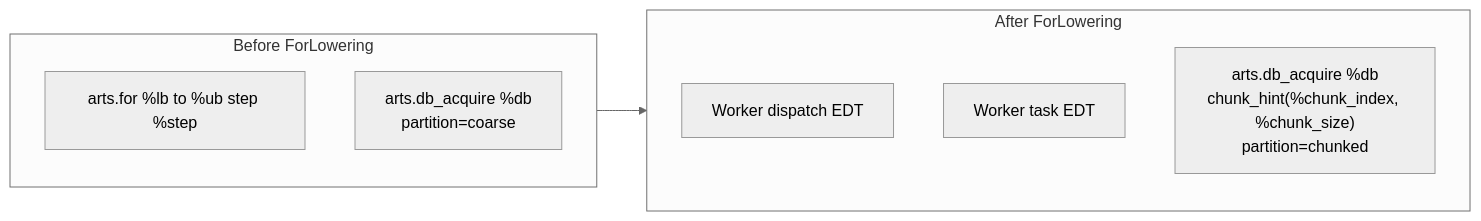
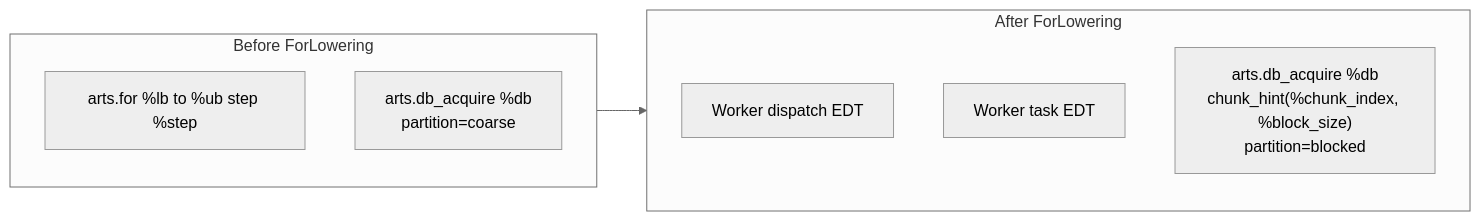
The fourth of 7 diagrams in docs/analysis.md (randreshg/carts), drawn with Mermaid (neutral theme) before and after one commit. The commit also changed other lines of this file and 88 other files, not shown here.

````diff
--- a/docs/analysis.md
+++ b/docs/analysis.md
@@ -726,15 +726,15 @@
 ```mermaid
 flowchart LR
     subgraph Before["Before ForLowering"]
         FOR["arts.for %lb to %ub step %step"]
         ACQ1["arts.db_acquire %db<br/>partition=coarse"]
     end
 
     subgraph After["After ForLowering"]
         DISPATCH[Worker dispatch EDT]
         TASK[Worker task EDT]
-        ACQ2["arts.db_acquire %db<br/>chunk_hint(%chunk_index, %chunk_size)<br/>partition=chunked"]
+        ACQ2["arts.db_acquire %db<br/>chunk_hint(%chunk_index, %block_size)<br/>partition=blocked"]
     end
 
     Before --> After
 ```
````
